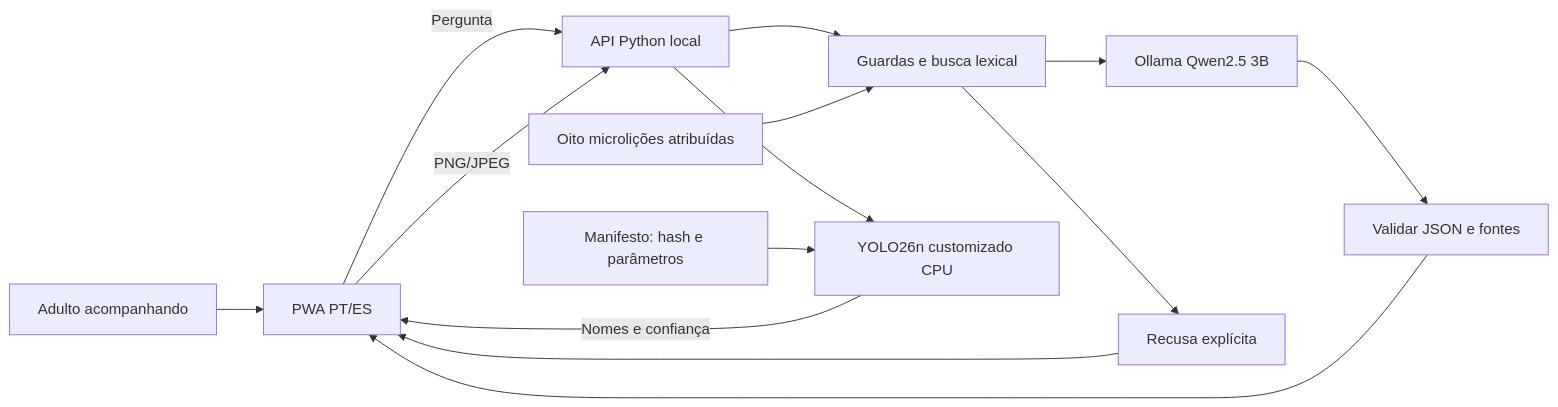
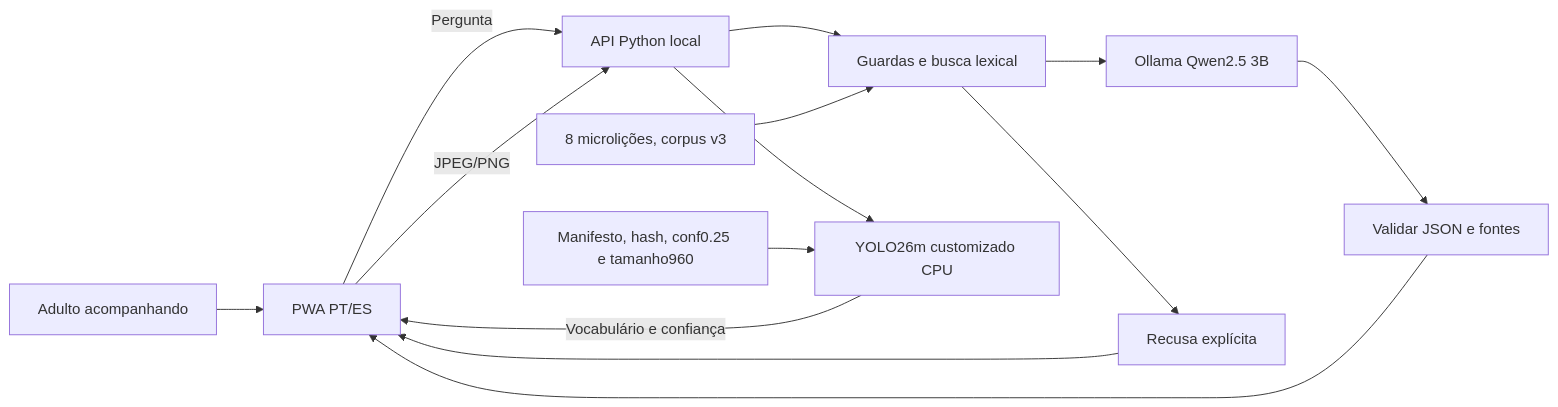
The diagram in docs/PRD_GENAI_VISION.md (Acolhe-Projeto/Acolhe---GS8), drawn with Mermaid before and after one commit. The commit also changed other lines of this file and 59 other files, not shown here.

````diff
--- a/docs/PRD_GENAI_VISION.md
+++ b/docs/PRD_GENAI_VISION.md
@@ -24,16 +18,16 @@
 ```mermaid
 flowchart LR
     Adulto[Adulto acompanhando] --> UI[PWA PT/ES]
     UI -->|Pergunta| API[API Python local]
     API --> G[Guardas e busca lexical]
-    C[Oito microlições atribuídas] --> G
+    C[8 microlições, corpus v3] --> G
     G --> L[Ollama Qwen2.5 3B]
     L --> J[Validar JSON e fontes]
     J --> UI
     G --> R[Recusa explícita]
     R --> UI
-    UI -->|PNG/JPEG| API
-    API --> V[YOLO26n customizado CPU]
-    M[Manifesto: hash e parâmetros] --> V
-    V -->|Nomes e confiança| UI
+    UI -->|JPEG/PNG| API
+    API --> V[YOLO26m customizado CPU]
+    M[Manifesto, hash, conf0.25 e tamanho960] --> V
+    V -->|Vocabulário e confiança| UI
 ```
````
